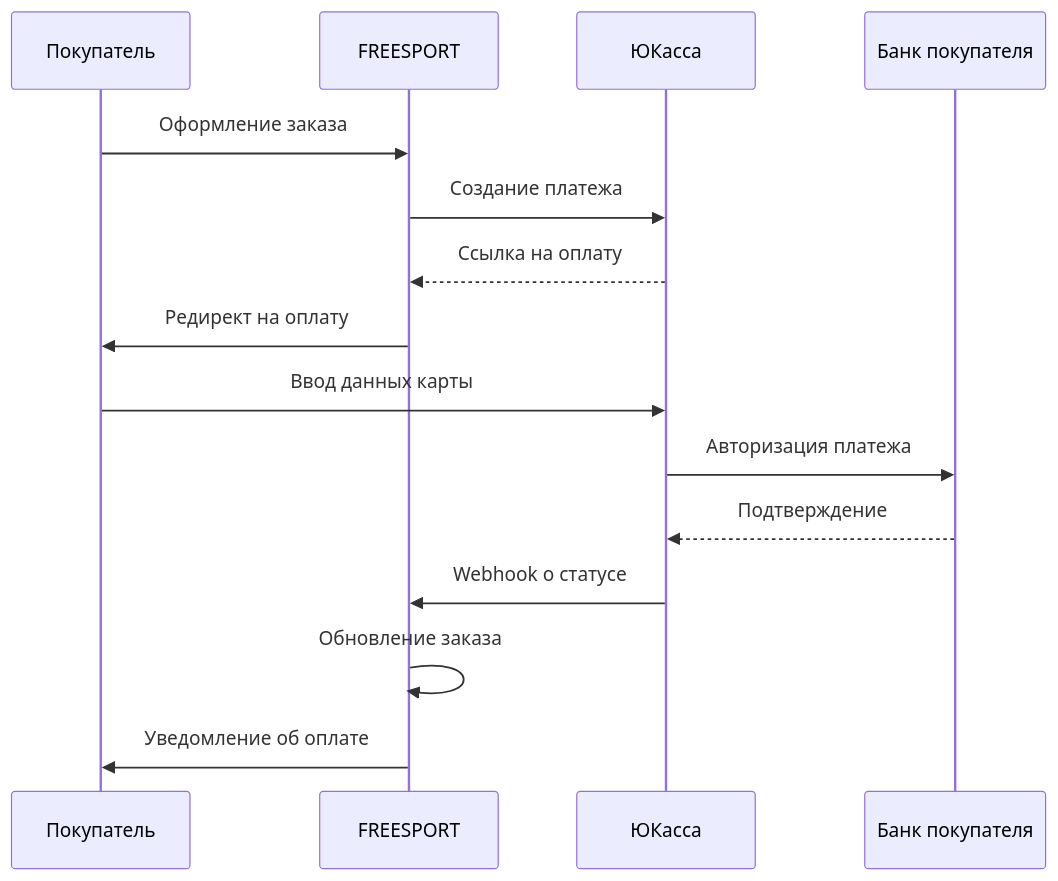
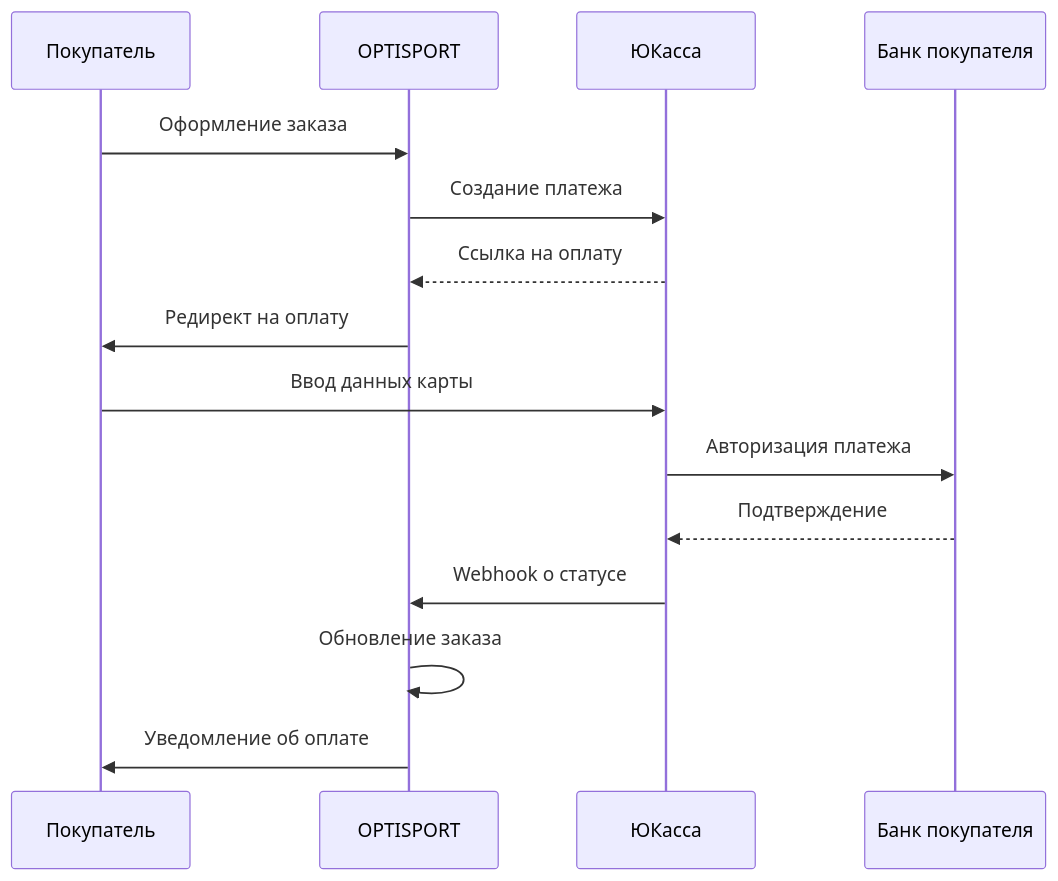
The second of 2 diagrams in docs/architecture/07-external-integrations.md (AlexMobiCraft/FREESPORT), drawn with Mermaid before and after one commit. The commit also changed other lines of this file and 217 other files, not shown here.

First line of the commit message:
chore(rebrand): оставшиеся упоминания FREESPORT заменены на OPTISPORT

````diff
--- a/docs/architecture/07-external-integrations.md
+++ b/docs/architecture/07-external-integrations.md
@@ -352,20 +352,20 @@
 ```mermaid
 sequenceDiagram
     participant User as Покупатель
-    participant Platform as FREESPORT
+    participant Platform as OPTISPORT
     participant YuKassa as ЮКасса
     participant Bank as Банк покупателя
 
     User->>Platform: Оформление заказа
     Platform->>YuKassa: Создание платежа
     YuKassa-->>Platform: Ссылка на оплату
 
     Platform->>User: Редирект на оплату
     User->>YuKassa: Ввод данных карты
     YuKassa->>Bank: Авторизация платежа
     Bank-->>YuKassa: Подтверждение
 
     YuKassa->>Platform: Webhook о статусе
     Platform->>Platform: Обновление заказа
     Platform->>User: Уведомление об оплате
 ```
````
